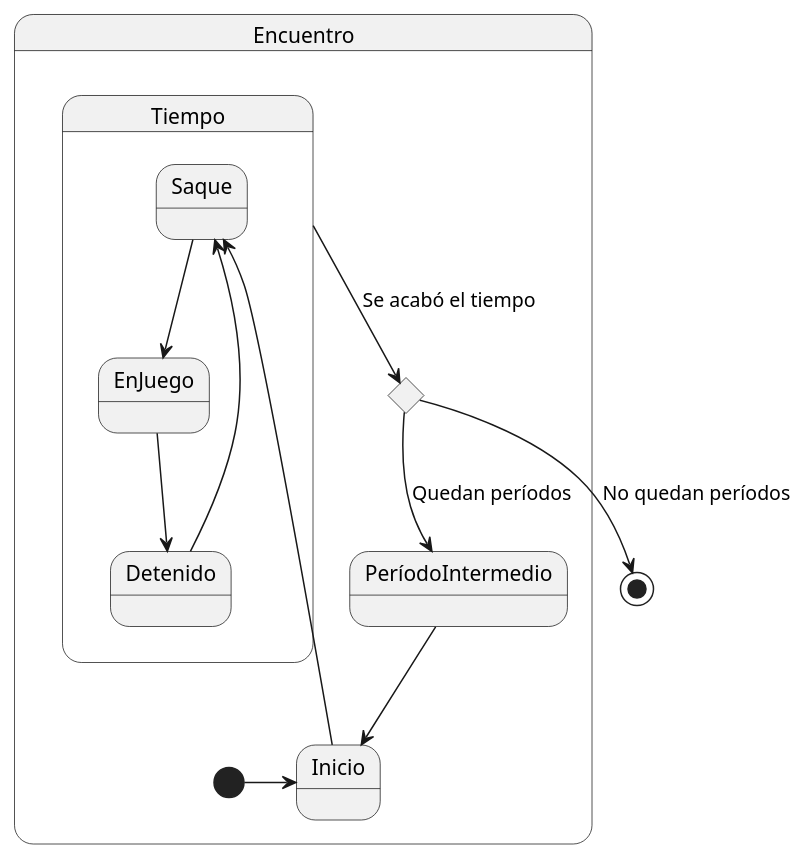
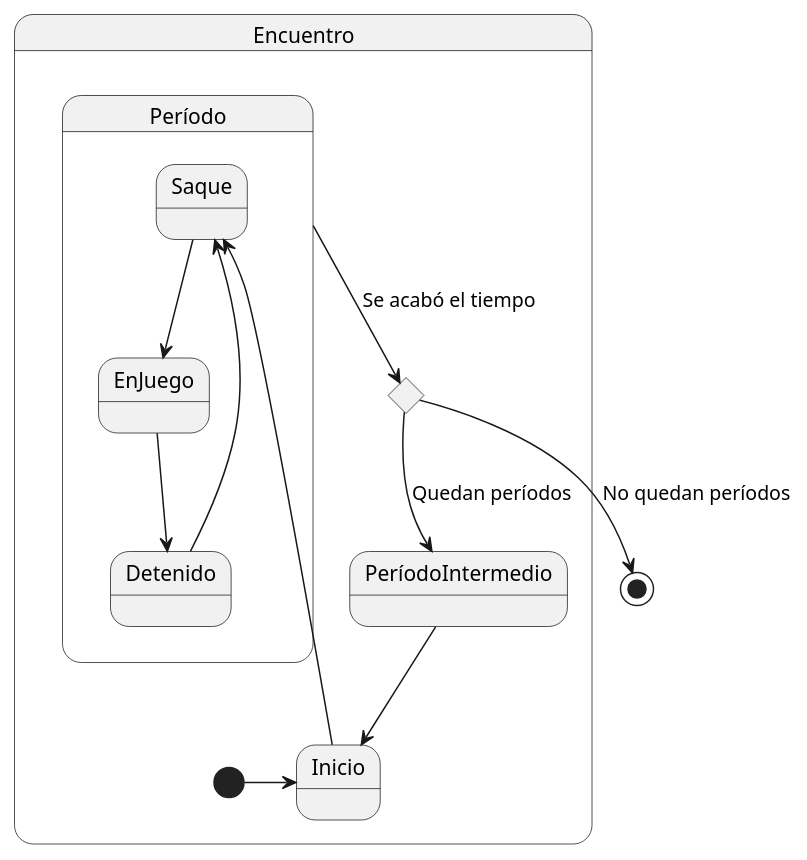
The diagram in actividades/001-futbol/ibuprofenoFernandez/diagramaDeEstados.puml (mmasias/IdSw1-22-23), drawn with PlantUML before and after one commit.

```diff
--- a/actividades/001-futbol/ibuprofenoFernandez/diagramaDeEstados.puml
+++ b/actividades/001-futbol/ibuprofenoFernandez/diagramaDeEstados.puml
@@ -1,24 +1,22 @@
 @startuml
-
 State Encuentro {
   [*] -> Inicio
   State reloj <<choice>>
   State Inicio
   State PeríodoIntermedio
 
-  State Tiempo {
+  State Período {
     Saque --> EnJuego
     EnJuego --> Detenido
     Detenido --> Saque  
   }
 
   Inicio --> Saque
 }
 
-Tiempo --> reloj : Se acabó el tiempo
+Período--> reloj : Se acabó el tiempo
 reloj --> PeríodoIntermedio : Quedan períodos
 reloj --> [*] : No quedan períodos
 
 PeríodoIntermedio --> Inicio
-
 @enduml
```
